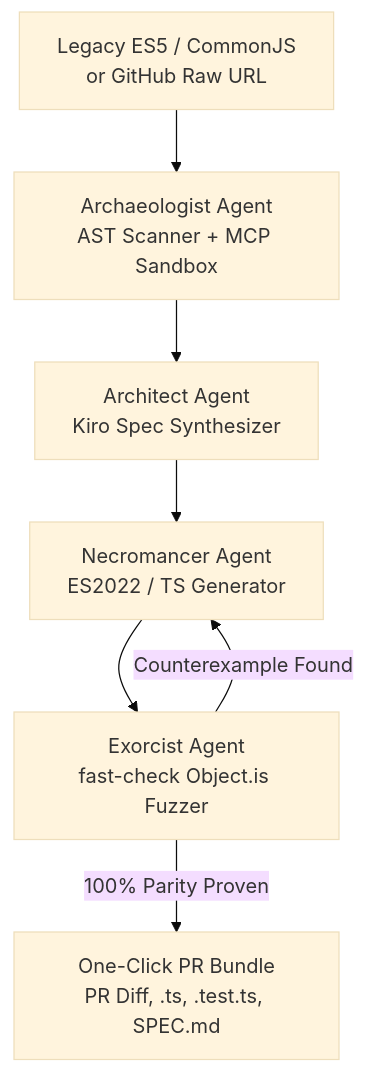
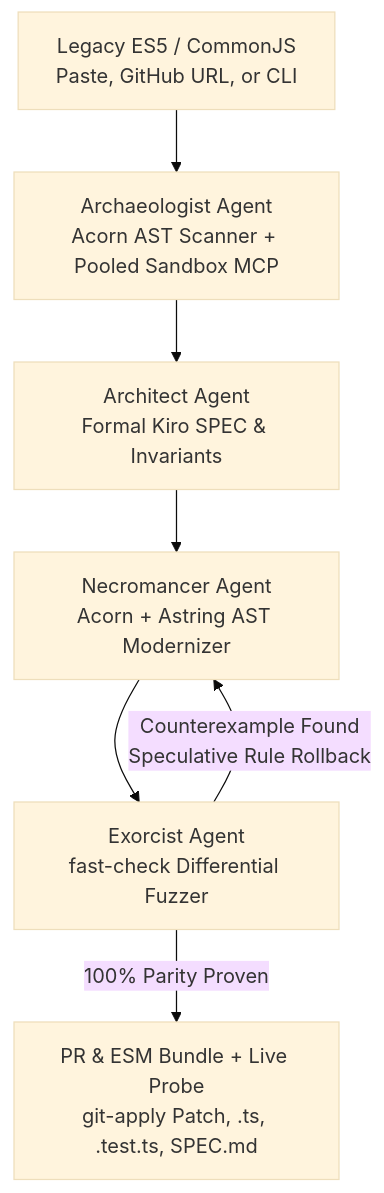
The diagram in README.md (anjarkar25-max/lazarus), drawn with Mermaid (base theme) before and after one commit. The commit also changed other lines of this file, not shown here.

Commit message:
docs(readme): update to V4 with 284 tests, 9 Kiro specs, AST engine, and CLI

````diff
--- a/README.md
+++ b/README.md
@@ -35,9 +11,9 @@
 ```mermaid
 flowchart TD
-    A["Legacy ES5 / CommonJS<br/>or GitHub Raw URL"] --> B["Archaeologist Agent<br/>AST Scanner + MCP Sandbox"]
-    B --> C["Architect Agent<br/>Kiro Spec Synthesizer"]
-    C --> D["Necromancer Agent<br/>ES2022 / TS Generator"]
-    D --> E["Exorcist Agent<br/>fast-check Object.is Fuzzer"]
-    E -- "Counterexample Found" --> D
-    E -- "100% Parity Proven" --> F["One-Click PR Bundle<br/>PR Diff, .ts, .test.ts, SPEC.md"]
+    A["Legacy ES5 / CommonJS<br/>Paste, GitHub URL, or CLI"] --> B["Archaeologist Agent<br/>Acorn AST Scanner + Pooled Sandbox MCP"]
+    B --> C["Architect Agent<br/>Formal Kiro SPEC & Invariants"]
+    C --> D["Necromancer Agent<br/>Acorn + Astring AST Modernizer"]
+    D --> E["Exorcist Agent<br/>fast-check Differential Fuzzer"]
+    E -- "Counterexample Found<br/>Speculative Rule Rollback" --> D
+    E -- "100% Parity Proven" --> F["PR & ESM Bundle + Live Probe<br/>git-apply Patch, .ts, .test.ts, SPEC.md"]
 ```
````
